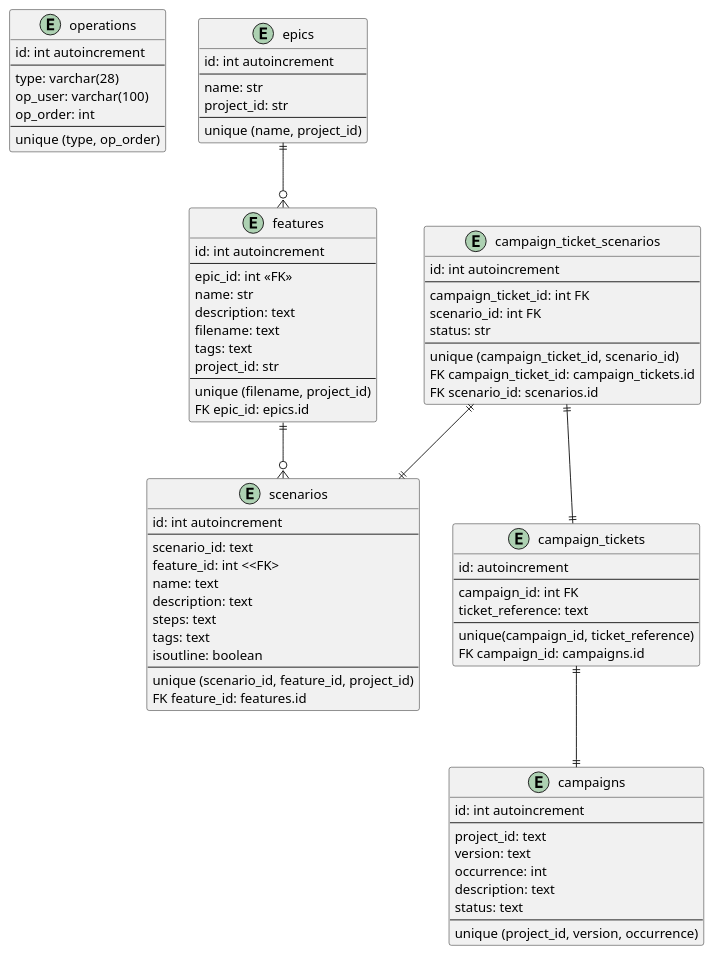
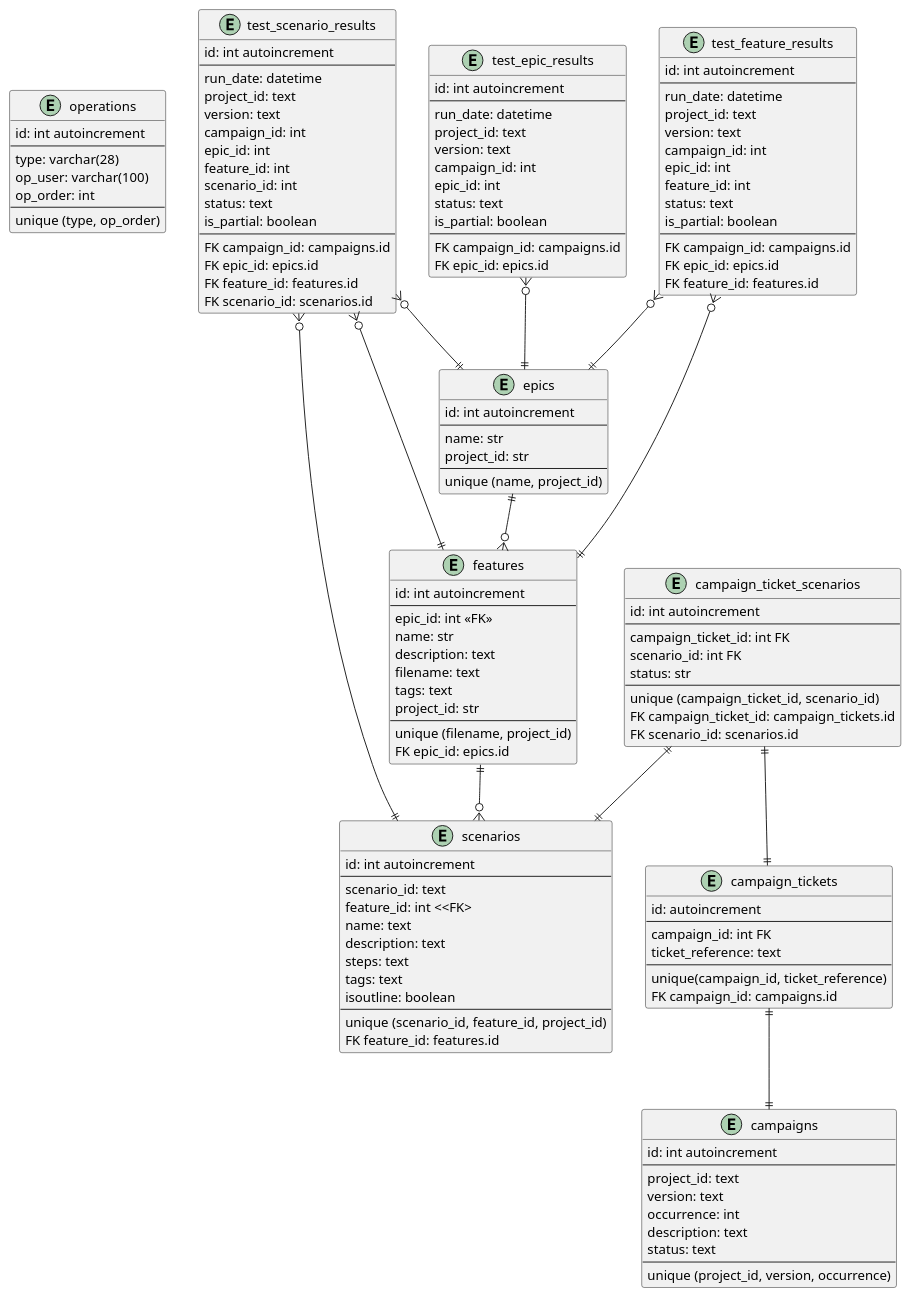
Before and after one commit to Hidden-goblin/eaidashboard: the diagram in documentation/sql_db.puml, drawn with PlantUML. The commit also changed 30 other files, not shown here.

First line of the commit message:
Test results management (#25)

```diff
--- a/documentation/sql_db.puml
+++ b/documentation/sql_db.puml
@@ -1,106 +1,167 @@
 @startuml
 'https://plantuml.com/sequence-diagram
 ' -----------------------------------------
 ' Maintenance
 ' -----------------------------------------
 
 entity operations {
 id: int autoincrement
 --
 type: varchar(28)
 op_user: varchar(100)
 op_order: int
 --
 unique (type, op_order)
 }
 
 ' -----------------------------------------
 ' Repository
 ' -----------------------------------------
 entity epics {
 id: int autoincrement
 --
 name: str
 project_id: str
 --
 unique (name, project_id)
 }
 
 entity features {
 id: int autoincrement
 --
 epic_id: int <<FK>>
 name: str
 description: text
 filename: text
 tags: text
 project_id: str
 --
 unique (filename, project_id)
 FK epic_id: epics.id
 }
 
 entity scenarios {
 id: int autoincrement
 --
 scenario_id: text
 feature_id: int <<FK>
 name: text
 description: text
 steps: text
 tags: text
 isoutline: boolean
 --
 unique (scenario_id, feature_id, project_id)
 FK feature_id: features.id
 }
 
 ' one epic per feature, zero more features per epic
 epics ||--o{ features
 ' one feature per scenario_internal_id, zero more scenarios per feature
 features ||--o{ scenarios
 
 ' -----------------------------------------
 ' Campaigns
 ' -----------------------------------------
 
 entity campaigns {
 id: int autoincrement
 --
 project_id: text
 version: text
 occurrence: int
 description: text
 status: text
 --
 unique (project_id, version, occurrence)
 }
 
 ' link between campaign and ticket
 entity campaign_tickets{
 id: autoincrement
 ---
 campaign_id: int FK
 ticket_reference: text
 ---
 unique(campaign_id, ticket_reference)
 FK campaign_id: campaigns.id
 }
 
 ' link between campaign-ticket and scenario
 entity campaign_ticket_scenarios {
 id: int autoincrement
 --
 campaign_ticket_id: int FK
 scenario_id: int FK
 status: str
 --
 unique (campaign_ticket_id, scenario_id)
 FK campaign_ticket_id: campaign_tickets.id
 FK scenario_id: scenarios.id
 }
 campaign_tickets ||--|| campaigns
 campaign_ticket_scenarios ||--|| campaign_tickets
 campaign_ticket_scenarios ||--|| scenarios
 
+' -----------------------------------------
+' Test result
+' -----------------------------------------
+
+entity test_scenario_results {
+id: int autoincrement
+--
+run_date: datetime
+project_id: text
+version: text
+campaign_id: int
+epic_id: int
+feature_id: int
+scenario_id: int
+status: text
+is_partial: boolean
+--
+FK campaign_id: campaigns.id
+FK epic_id: epics.id
+FK feature_id: features.id
+FK scenario_id: scenarios.id
+}
+test_scenario_results }o--|| scenarios
+test_scenario_results }o--|| epics
+test_scenario_results }o--|| features
+
+entity test_feature_results {
+id: int autoincrement
+--
+run_date: datetime
+project_id: text
+version: text
+campaign_id: int
+epic_id: int
+feature_id: int
+status: text
+is_partial: boolean
+--
+FK campaign_id: campaigns.id
+FK epic_id: epics.id
+FK feature_id: features.id
+}
+
+test_feature_results }o--|| epics
+test_feature_results }o--|| features
+
+entity test_epic_results {
+id: int autoincrement
+--
+run_date: datetime
+project_id: text
+version: text
+campaign_id: int
+epic_id: int
+status: text
+is_partial: boolean
+--
+FK campaign_id: campaigns.id
+FK epic_id: epics.id
+}
+test_epic_results }o--|| epics
 @enduml
```
